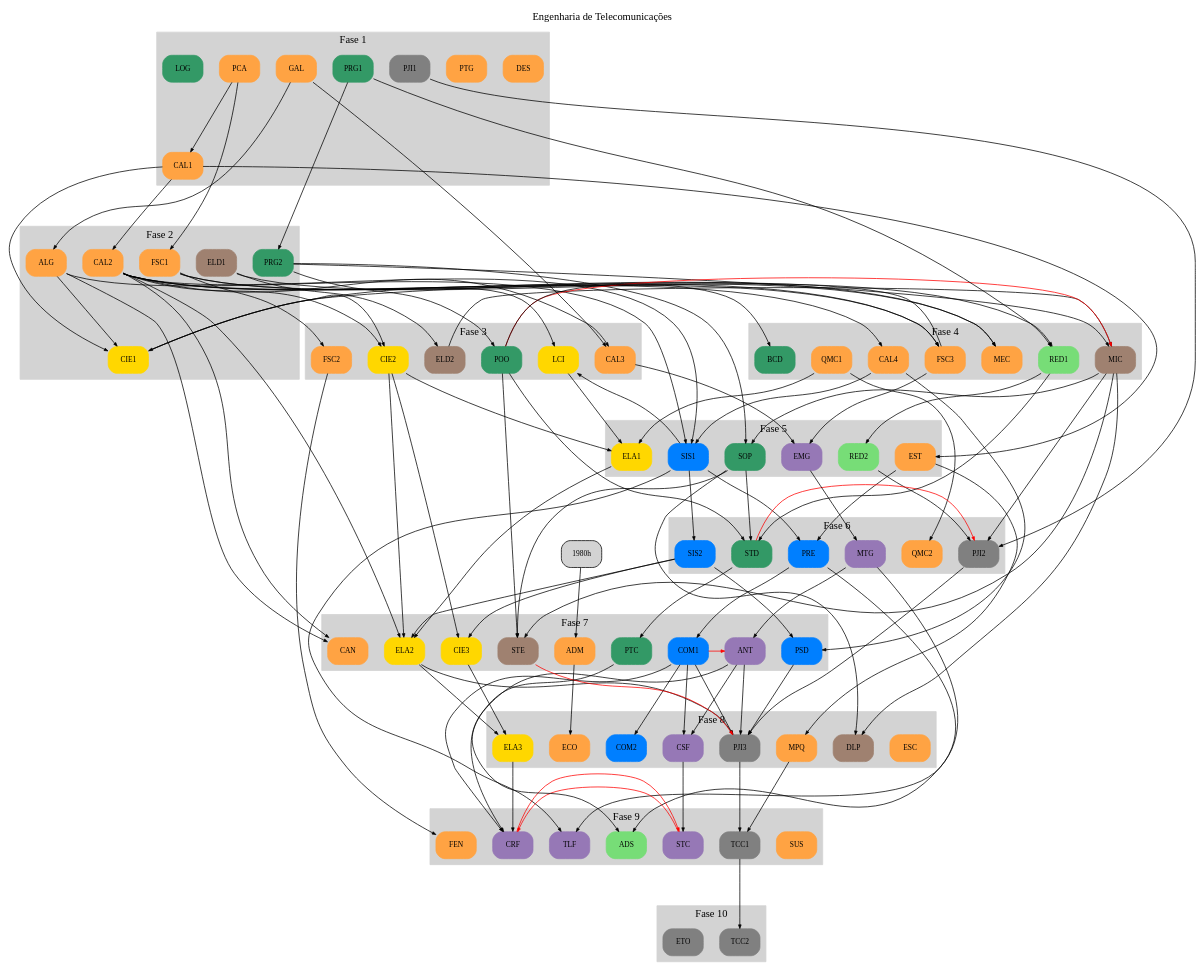
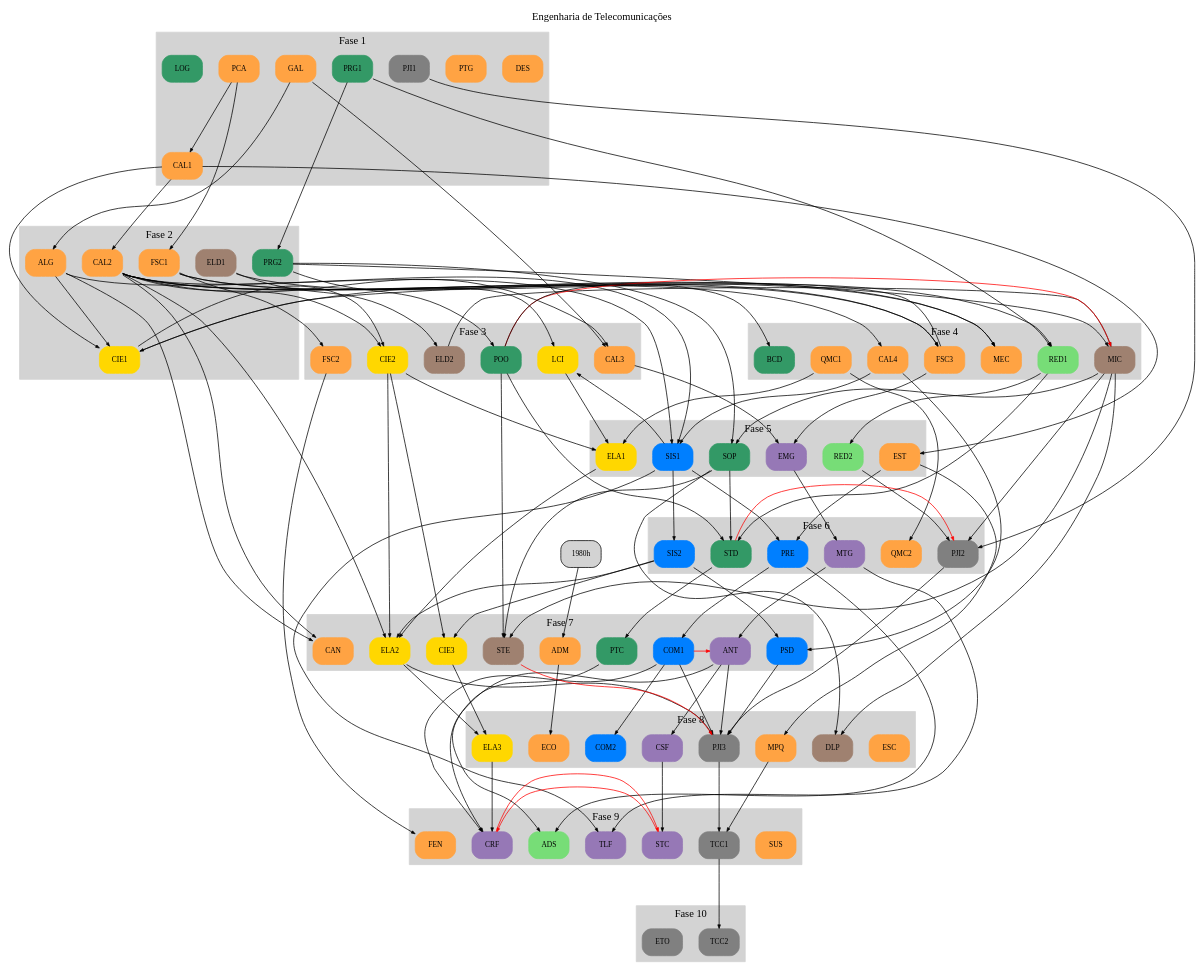
Before and after one commit to emersonmello/grade-dot-engtelecom: the diagram in engtelecom.dot, drawn with Graphviz.

Commit message:
ANT: COM1 como recomendada e não co-requisito

```diff
--- a/engtelecom.dot
+++ b/engtelecom.dot
@@ -34,7 +34,7 @@
     {PCA} -> FSC1
     {FSC1} -> FSC2
     {FSC1 CAL2} -> FSC3
-    
+
 
     // Eixo amarelo
     {CAL1 ALG FSC3} -> CIE1
@@ -75,12 +75,12 @@
     {COM1} -> ANT [color="#FF0000" constraint=false]
     {COM1 ANT ELA3} -> CRF # recomendada CSF
     {STC} -> CRF [color="#FF0000" constraint=false]
-    {ANT COM1} -> CSF
+    {ANT} -> CSF # recomendada: COM1
     {FSC3 CAL3} -> EMG
     {EMG} -> MTG # recomendada: CAL4
     {CSF} -> STC
     {CRF} -> STC [color="#FF0000" constraint=false]
-    {MTG SIS1} -> TLF 
+    {MTG SIS1} -> TLF
 
     // Eixo verde claro
     {ELD1 PRG1} -> RED1
```
